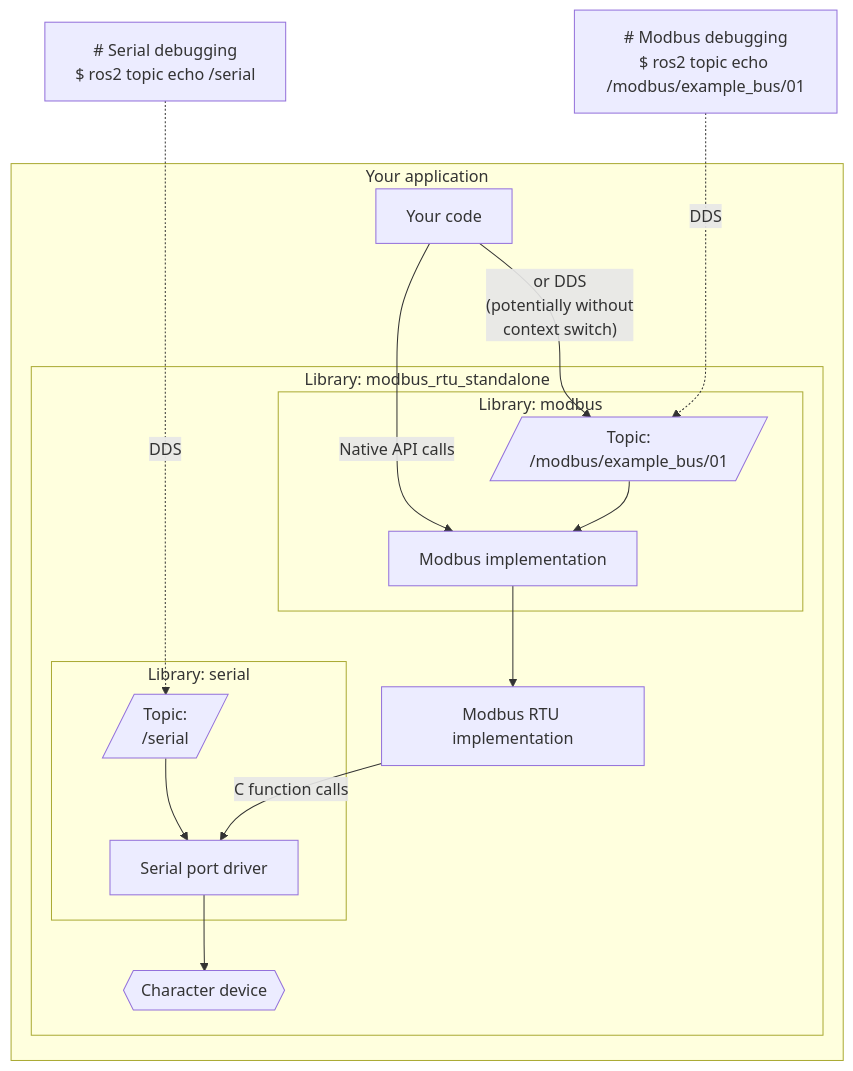
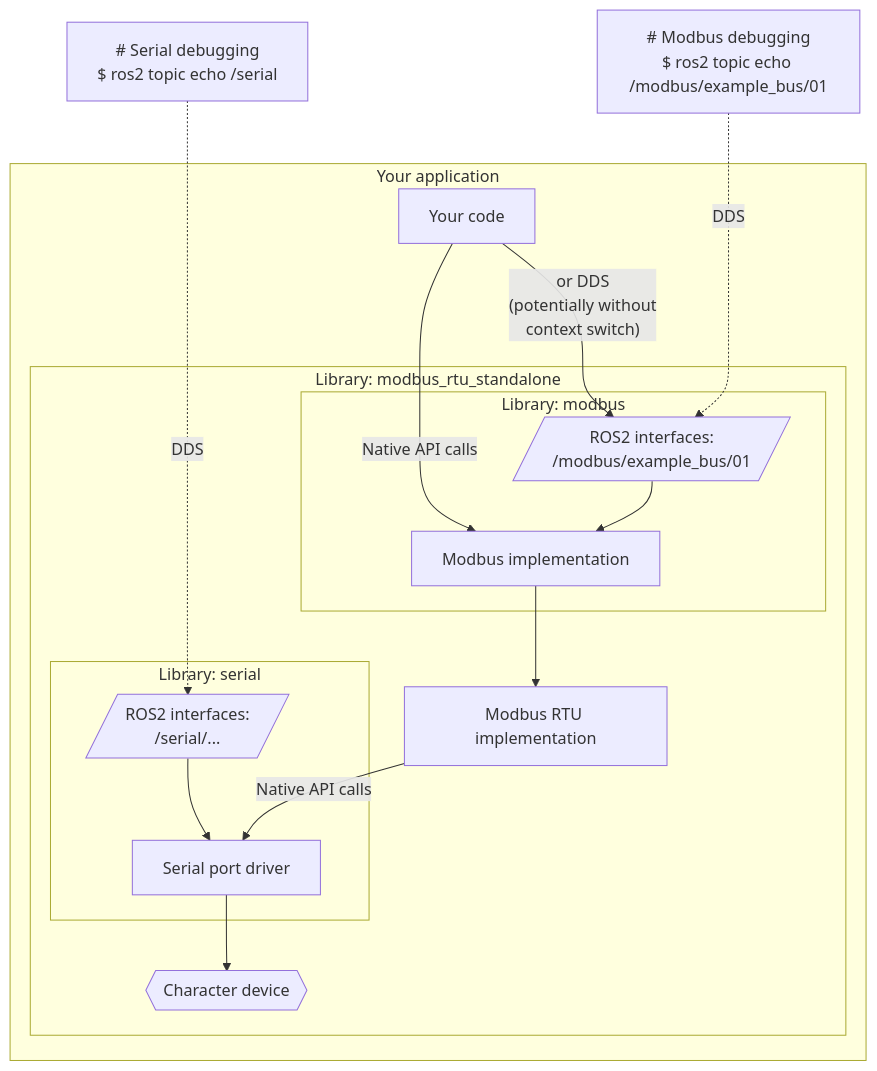
One commit to openvmp/modbus_rtu changed the second of 2 diagrams in README.md. Above: the diagram before and after it, drawn with Mermaid. The commit also changed other lines of this file, not shown here.

Commit message:
Updated the design

````diff
--- a/README.md
+++ b/README.md
@@ -55,20 +55,20 @@
 ```mermaid
 flowchart TB
-    cli_serial["# Serial debugging\n$ ros2 topic echo /serial"] -. "DDS" ....-> topic_serial[/Topic:\n/serial/]
+    cli_serial["# Serial debugging\n$ ros2 topic echo /serial"] -. "DDS" ....-> topic_serial[/ROS2 interfaces:\n/serial/.../]
     subgraph app["Your application"]
       code["Your code"] -- "Native API calls" --> driver_modbus
       code["Your code"] -- "or DDS\n(potentially without\ncontext switch)" --> topic_modbus
       subgraph modbus_exe["Library: modbus_rtu_standalone"]
         subgraph modbus["Library: modbus"]
-          topic_modbus[/Topic:\n/modbus/example_bus/01/] --> driver_modbus["Modbus implementation"]
+          topic_modbus[/ROS2 interfaces:\n/modbus/example_bus/01/] --> driver_modbus["Modbus implementation"]
         end
         subgraph serial["Library: serial"]
           topic_serial --> driver["Serial port driver"]
         end
         driver_modbus --> rtu["Modbus RTU implementation"]
-        rtu -- "C function calls" --> driver
+        rtu -- "Native API calls" --> driver
         driver --> file{{"Character device"}}
       end
     end
     cli["# Modbus debugging\n$ ros2 topic echo /modbus/example_bus/01"] -. "DDS" ..-> topic_modbus
 ```
````
